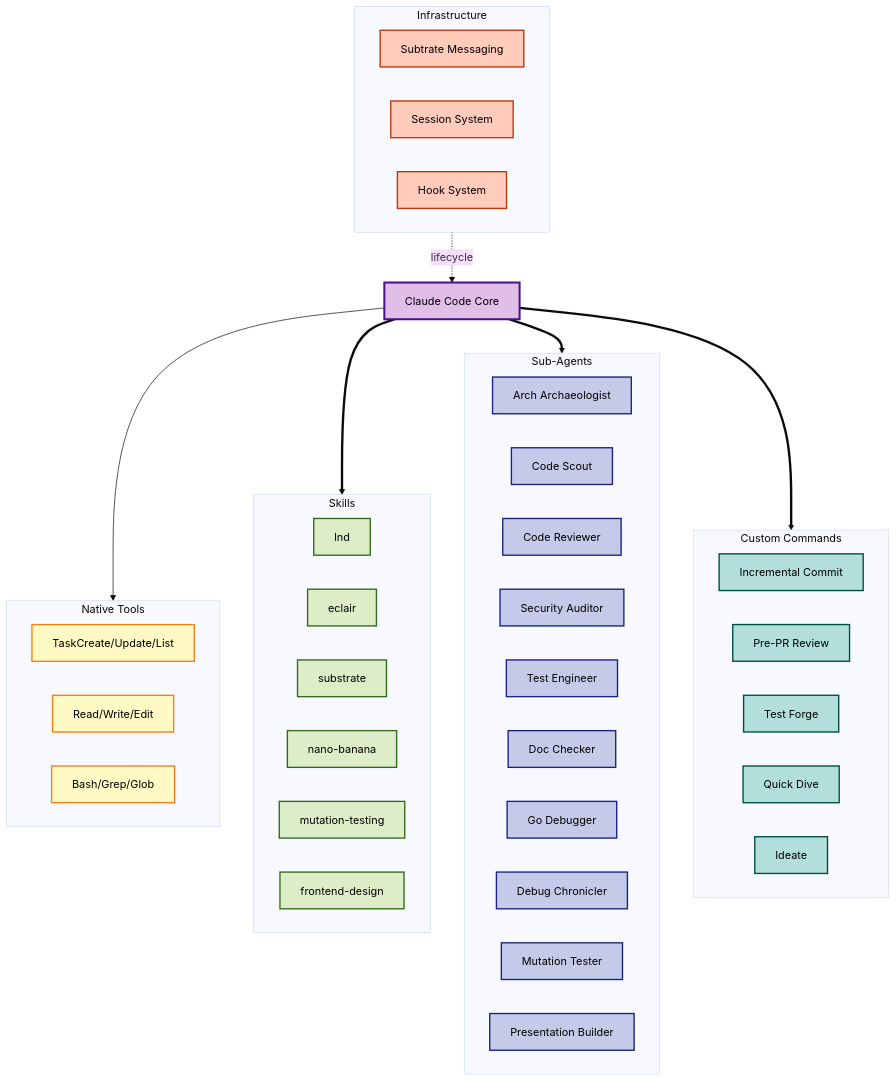
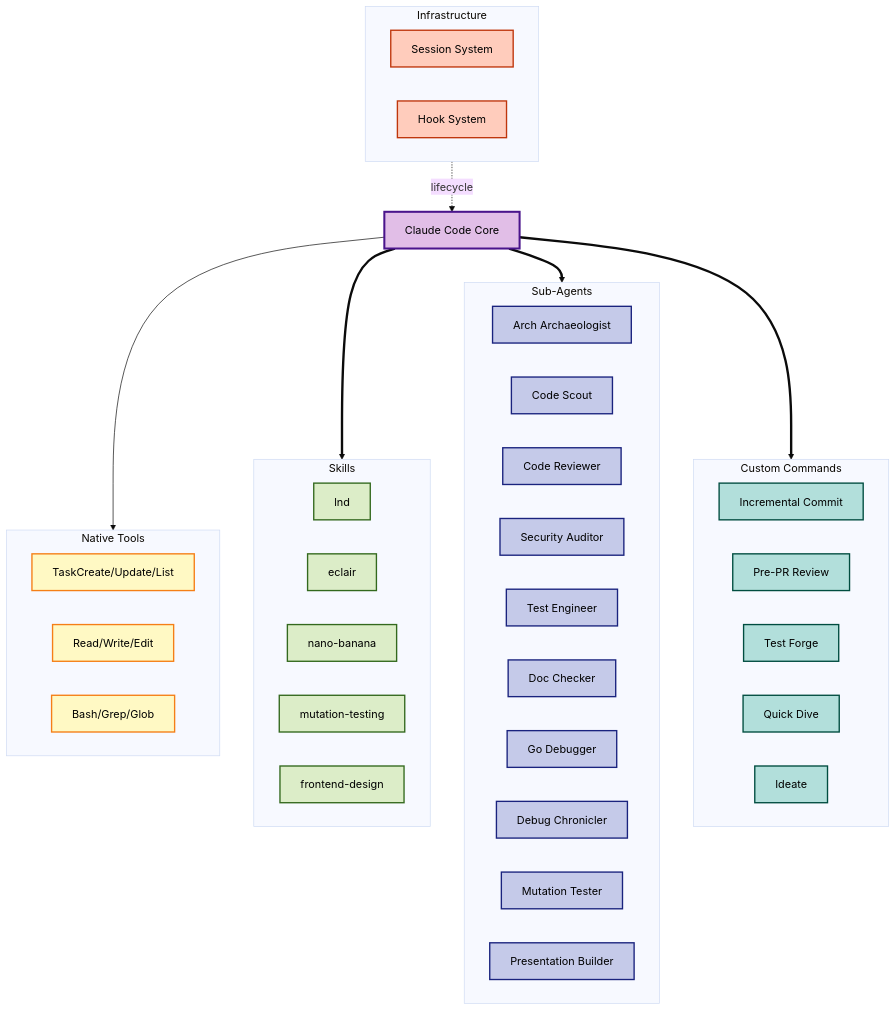
The diagram in README.md (DenzelPenzel/claude-files), drawn with Mermaid (base theme) before and after one commit. The commit also changed other lines of this file and 21 other files, not shown here.

````diff
--- a/README.md
+++ b/README.md
@@ -7,71 +7,69 @@
 ```mermaid
 graph TB
     Main[Claude Code Core]
 
     subgraph NativeTools["Native Tools"]
         direction LR
         NT1[TaskCreate/Update/List]
         NT2[Read/Write/Edit]
         NT3[Bash/Grep/Glob]
     end
 
     subgraph Skills["Skills"]
         direction LR
         S1[lnd]
         S2[eclair]
-        S3[substrate]
         S4[nano-banana]
         S5[mutation-testing]
         S6[frontend-design]
     end
 
     subgraph Agents["Sub-Agents"]
         direction LR
         AA[Arch Archaeologist]
         CS[Code Scout]
         CR[Code Reviewer]
         SA[Security Auditor]
         TE[Test Engineer]
         DD[Doc Checker]
         GD[Go Debugger]
         DC2[Debug Chronicler]
         MT[Mutation Tester]
         PB[Presentation Builder]
     end
 
     subgraph Commands["Custom Commands"]
         direction LR
         IC[Incremental Commit]
         PR[Pre-PR Review]
         TF[Test Forge]
         QD[Quick Dive]
         ID[Ideate]
     end
 
     subgraph Infra["Infrastructure"]
         direction LR
-        Sub[Subtrate Messaging]
         Ses[Session System]
         Hooks[Hook System]
     end
 
     Main --> NativeTools
     Main ==> Skills
     Main ==> Agents
     Main ==> Commands
     Infra -.->|lifecycle| Main
 
     classDef core fill:#e1bee7,stroke:#4a148c,stroke-width:3px,color:#000
     classDef agents fill:#c5cae9,stroke:#1a237e,stroke-width:2px,color:#000
     classDef commands fill:#b2dfdb,stroke:#004d40,stroke-width:2px,color:#000
     classDef hooks fill:#ffccbc,stroke:#bf360c,stroke-width:2px,color:#000
     classDef tools fill:#fff9c4,stroke:#f57f17,stroke-width:2px,color:#000
     classDef skills fill:#dcedc8,stroke:#33691e,stroke-width:2px,color:#000
 
     class Main core
     class AA,CS,CR,SA,TE,DD,GD,DC2,MT,PB agents
     class IC,PR,TF,QD,ID commands
-    class Sub,Ses,Hooks hooks
+    class Ses,Hooks hooks
     class NT1,NT2,NT3 tools
     class S1,S2,S3,S4,S5,S6 skills
 ```
````
